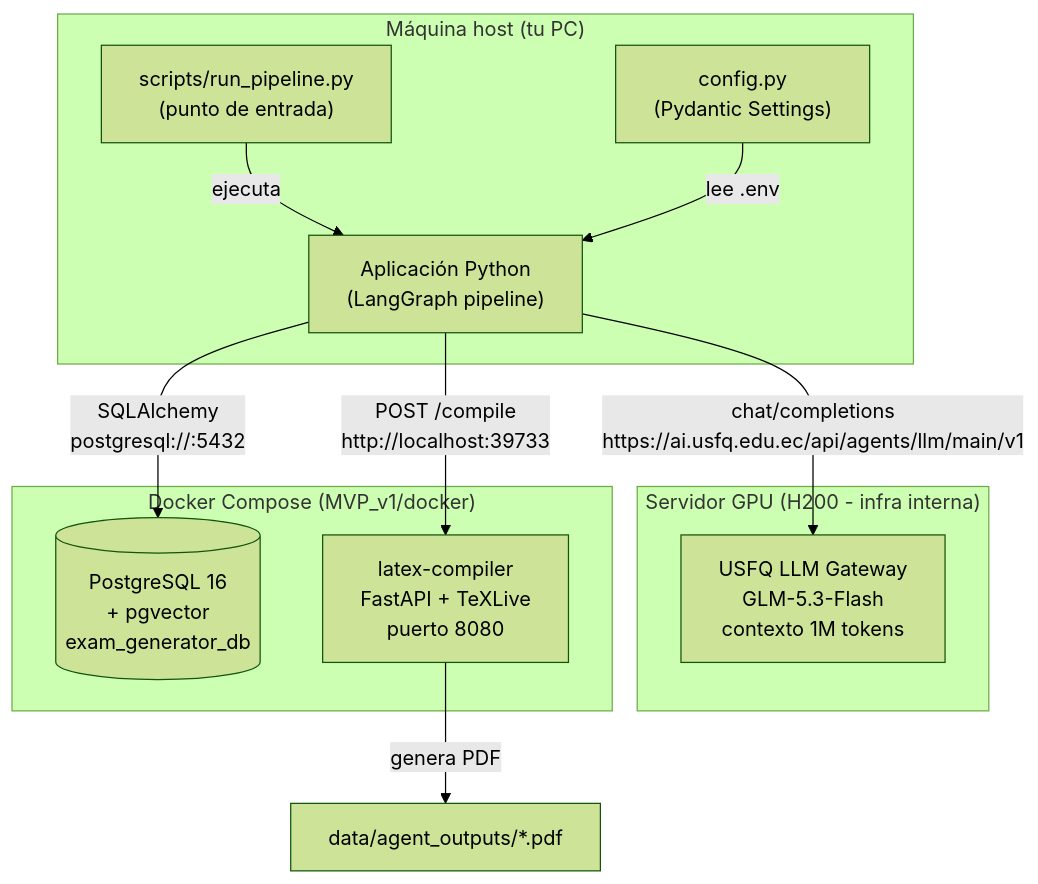
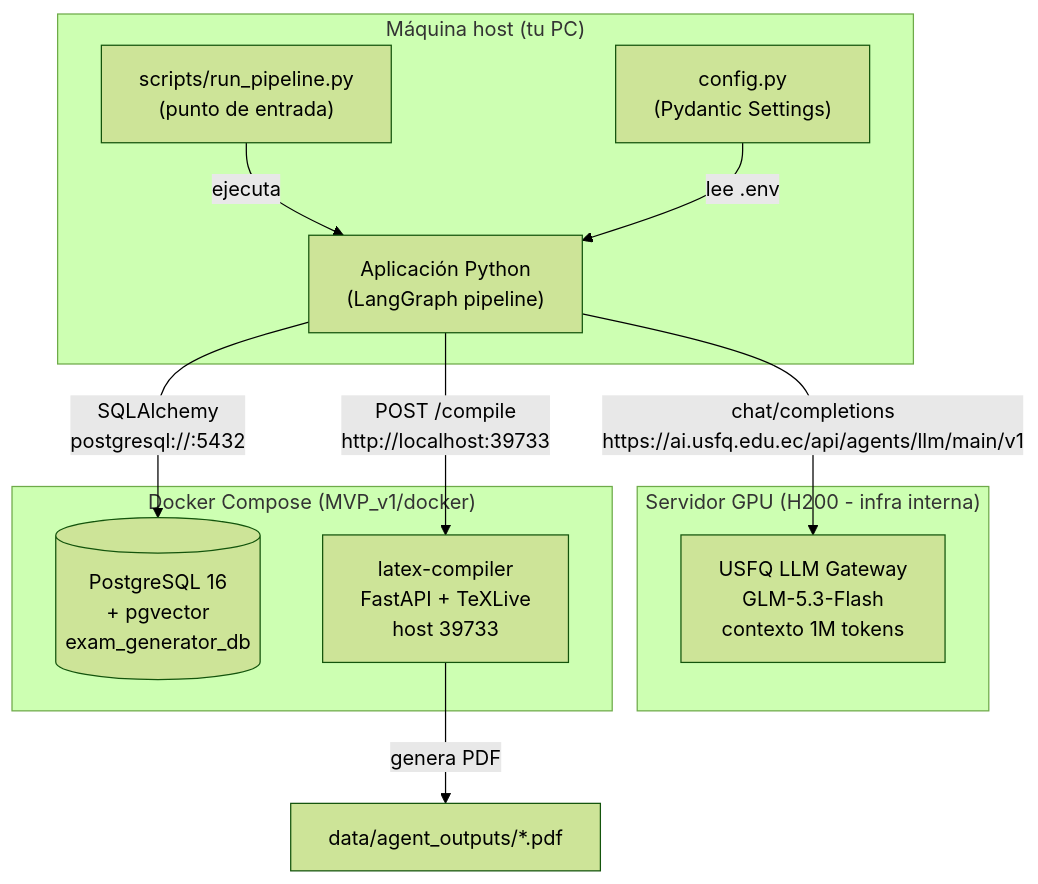
Before and after one commit to danilo-pilacuan/examgen-project: the first of 14 diagrams in ARCHITECTURE.md, drawn with Mermaid (forest theme). The commit also changed other lines of this file and 15 other files, not shown here.

````diff
--- a/ARCHITECTURE.md
+++ b/ARCHITECTURE.md
@@ -97,24 +97,24 @@
 ```mermaid
 graph TB
     subgraph "Máquina host (tu PC)"
         APP["Aplicación Python<br/>(LangGraph pipeline)"]
         CONFIG["config.py<br/>(Pydantic Settings)"]
         RUN["scripts/run_pipeline.py<br/>(punto de entrada)"]
     end
 
     subgraph "Servidor GPU (H200 - infra interna)"
         VLLM["USFQ LLM Gateway<br/>GLM-5.3-Flash<br/>contexto 1M tokens"]
     end
 
     subgraph "Docker Compose (MVP_v1/docker)"
         PG[("PostgreSQL 16<br/>+ pgvector<br/>exam_generator_db")]
-        LC["latex-compiler<br/>FastAPI + TeXLive<br/>puerto 8080"]
+        LC["latex-compiler<br/>FastAPI + TeXLive<br/>host 39733"]
     end
 
     RUN -->|"ejecuta"| APP
     APP -->|"chat/completions<br/>https://ai.usfq.edu.ec/api/agents/llm/main/v1"| VLLM
     APP -->|"SQLAlchemy<br/>postgresql://:5432"| PG
     APP -->|"POST /compile<br/>http://localhost:39733"| LC
     LC -->|"genera PDF"| OUT["data/agent_outputs/*.pdf"]
     CONFIG -->|"lee .env"| APP
 ```
````
